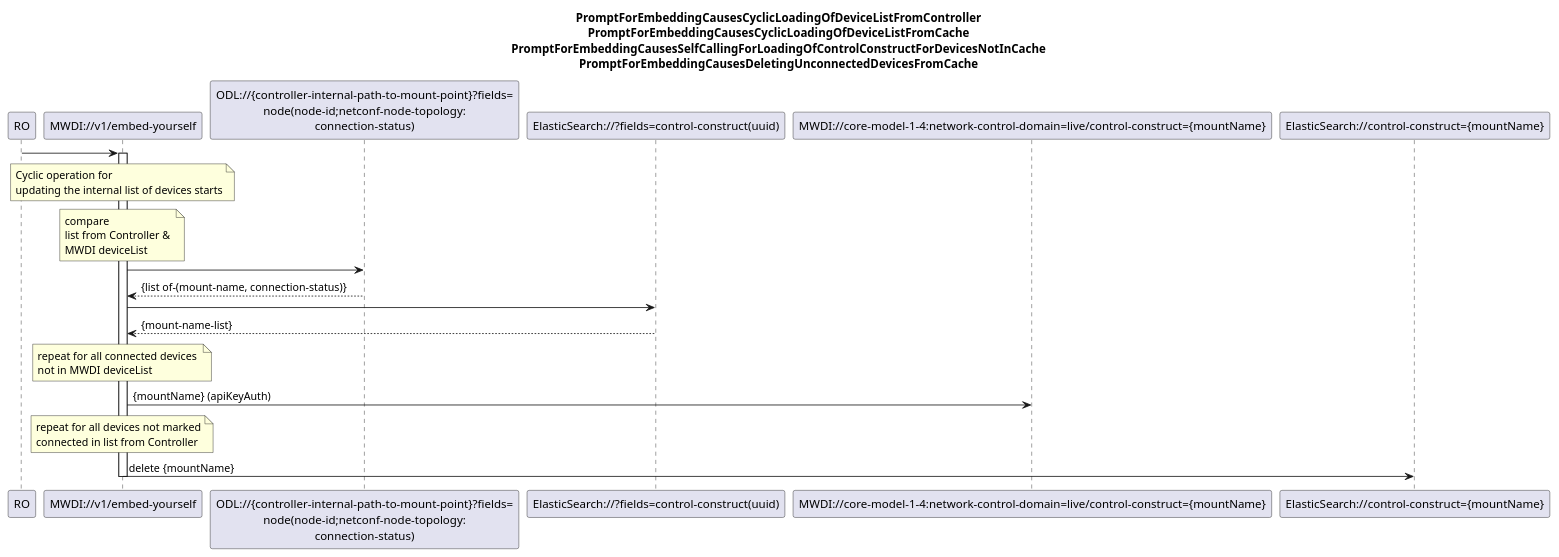
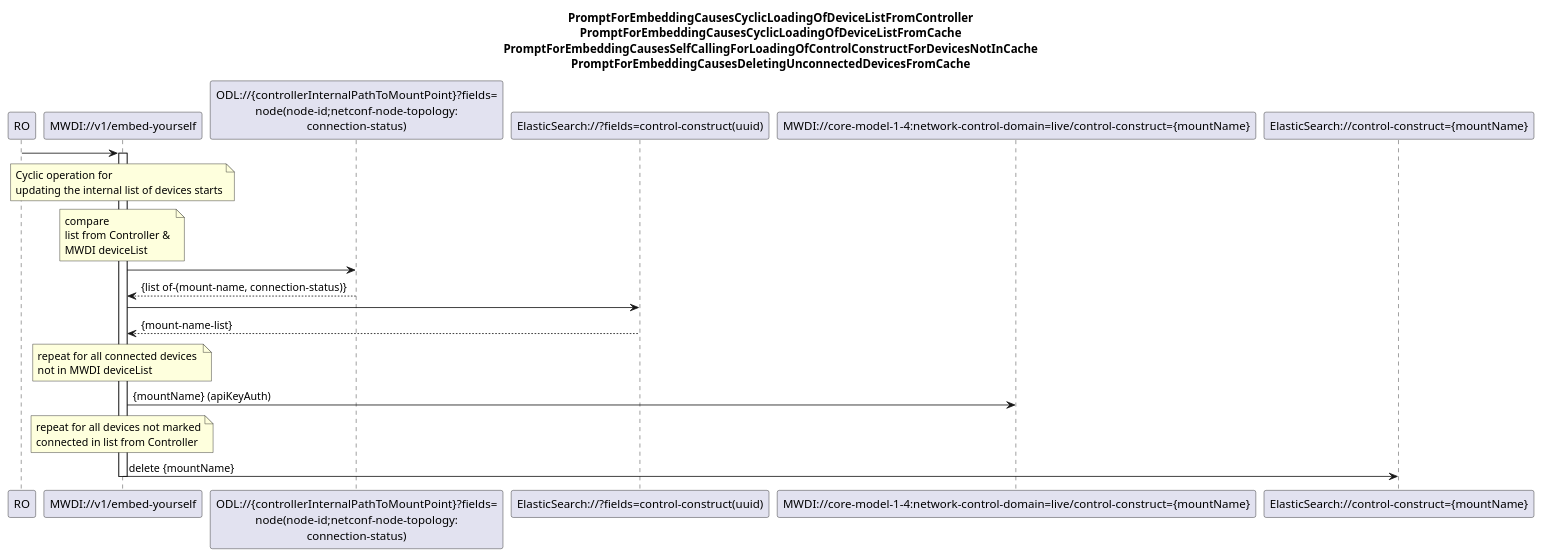
Before and after one commit to openBackhaul/MicroWaveDeviceInventory: the diagram in spec/diagrams/00x_CyclicOperationBasedDeviceListSync.plantuml, drawn with PlantUML. The commit also changed 8 other files, not shown here.

```diff
--- a/spec/diagrams/00x_CyclicOperationBasedDeviceListSync.plantuml
+++ b/spec/diagrams/00x_CyclicOperationBasedDeviceListSync.plantuml
@@ -1,55 +1,55 @@
 @startuml 00x_CyclicOperationBasedDeviceListSync
 skinparam responseMessageBelowArrow true
 
 title
 PromptForEmbeddingCausesCyclicLoadingOfDeviceListFromController
 PromptForEmbeddingCausesCyclicLoadingOfDeviceListFromCache
 PromptForEmbeddingCausesSelfCallingForLoadingOfControlConstructForDevicesNotInCache
 PromptForEmbeddingCausesDeletingUnconnectedDevicesFromCache
 end title
 
 participant "RO" as ro
 participant "MWDI://v1/embed-yourself" as mwdi
-participant "ODL://{controller-internal-path-to-mount-point}?fields=\nnode(node-id;netconf-node-topology:\nconnection-status)" as odlConnectionStatus
+participant "ODL://{controllerInternalPathToMountPoint}?fields=\nnode(node-id;netconf-node-topology:\nconnection-status)" as odlConnectionStatus
 participant "ElasticSearch://?fields=control-construct(uuid)" as ConnectedDeviceList
 participant "MWDI://core-model-1-4:network-control-domain=live/control-construct={mountName}" as ControlConstruct
 participant "ElasticSearch://control-construct={mountName}" as es
 
 ro -> mwdi
 activate mwdi
 
 note over mwdi
 Cyclic operation for 
 updating the internal list of devices starts
 end note
 
 note over mwdi
 compare 
 list from Controller & 
 MWDI deviceList
 end note
 
 'get deviceList from Controller
 mwdi -> odlConnectionStatus
 odlConnectionStatus --> mwdi: {list of-(mount-name, connection-status)}
 
 'get MWDI deviceList from ElasticSearch
 mwdi -> ConnectedDeviceList
 ConnectedDeviceList --> mwdi: {mount-name-list}
 
 note over mwdi
 repeat for all connected devices 
 not in MWDI deviceList
 end note
 
 mwdi -> ControlConstruct: {mountName} (apiKeyAuth)
 
 note over mwdi
 repeat for all devices not marked
 connected in list from Controller
 end note
 
 mwdi -> es: delete {mountName}
 deactivate mwdi
 
 @enduml
```
